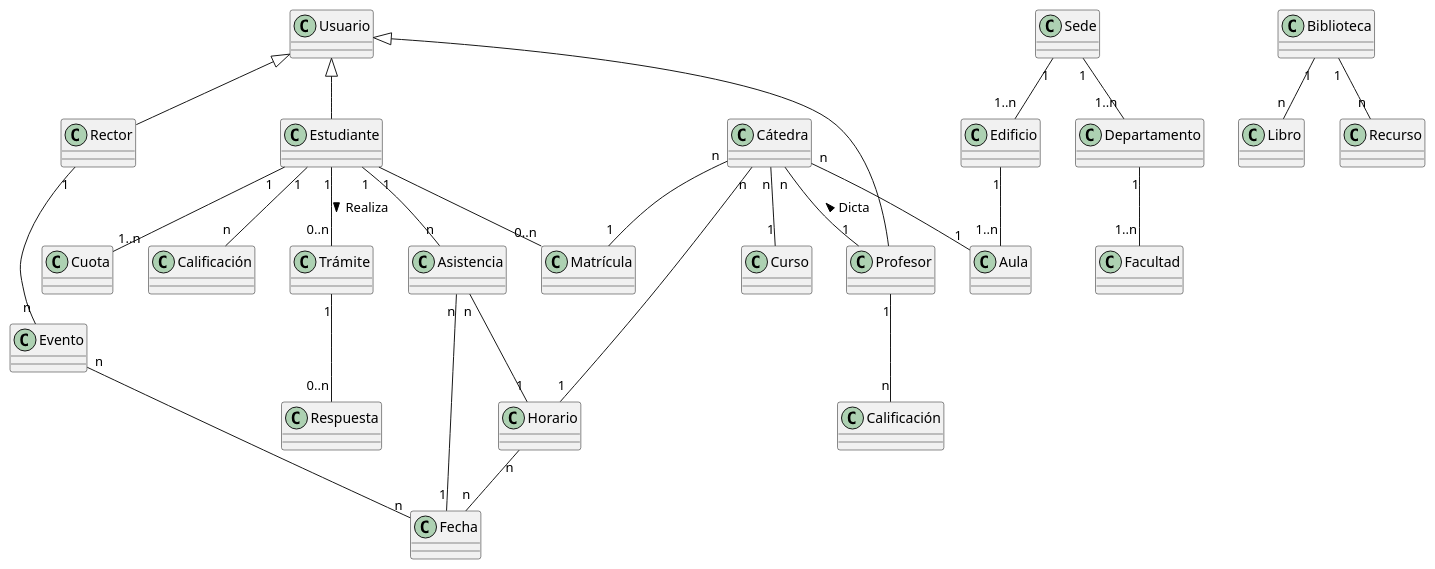
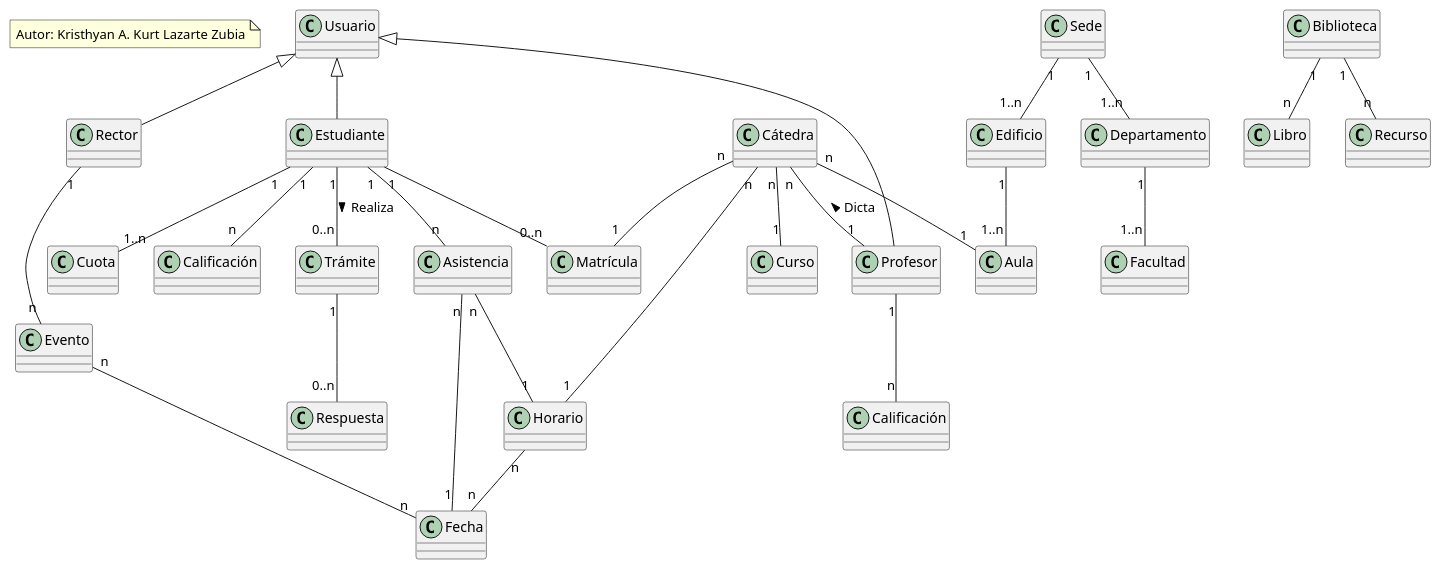
Before and after one commit to kristhyanlz/Conceptual-Academico: the diagram in conceptual.wsd, drawn with PlantUML. The commit also changed 2 other files, not shown here.

Commit message:
Autor agregado

```diff
--- a/conceptual.wsd
+++ b/conceptual.wsd
@@ -1,66 +1,72 @@
 @startuml Conceptual Academico
 ' Alt + D: Generar Diagrama
+
+note as Autor
+Autor: Kristhyan A. Kurt Lazarte Zubia
+end note
+
+
 class Usuario
 class Profesor
 class Estudiante
 
 class Curso
 class "Cátedra" as Catedra
 class "Matrícula" as Matricula
 class Horario
 class Aula
 
 class Asistencia
 
 class "Trámite" as Tramite
 class Respuesta
 class "Calificación" as Calificacion
 class Cuota
 class Fecha
 
 class Rector
 class Evento
 
 class Biblioteca
 class Libro
 class Recurso
 
 Usuario <|-- Profesor
 Usuario <|-- Estudiante
 'Un rector siempre es un profesor?
 Usuario <|-- Rector 
 
 Estudiante "1" -- "0..n"  Tramite: Realiza >
 Tramite "1" -- "0..n"     Respuesta
 Estudiante "1" -- "n"     Calificación
 Estudiante "1" -- "1..n"  Cuota
 Estudiante "1" -- "0..n"  Matricula
 Estudiante "1" -- "n"     Asistencia
 
 Catedra "n" -- "1" Curso
 Catedra "n" -- "1" Matricula
 Catedra "n" -- "1" Profesor: Dicta <
 Catedra "n" -- "1" Horario
 Catedra "n" -- "1" Aula
 
 Horario "n" -- "n" Fecha
 
 Asistencia "n" -- "1" Horario
 Asistencia "n" -- "1" Fecha
 
 Profesor "1" -- "n" Calificacion
 
 Rector "1" -- "n" Evento
 
 Evento "n" -- "n" Fecha
 
 Biblioteca "1" -- "n" Libro
 Biblioteca "1" -- "n" Recurso
 
 Sede "1" -- "1..n" Edificio
 Sede "1" -- "1..n" Departamento
 Departamento "1" -- "1..n" Facultad
 
 Edificio "1" -- "1..n" Aula
 
 @enduml
```
